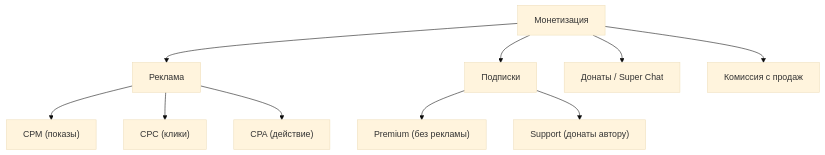
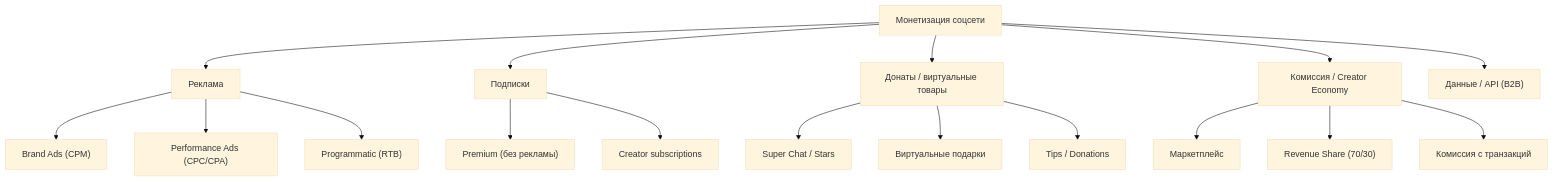
One commit to sergeyodnoval-bot/sysanalyst-kb.github.io changed the first of 2 diagrams in docs/specialization/socnet-monetization.md. Above: the diagram before and after it, drawn with Mermaid (base theme). The commit also changed other lines of this file and 12 other files, not shown here.

````diff
--- a/docs/specialization/socnet-monetization.md
+++ b/docs/specialization/socnet-monetization.md
@@ -22,13 +41,24 @@
 ```mermaid
 flowchart TD
-    MON["Монетизация"]
+    MON["Монетизация соцсети"]
     MON --> ADS["Реклама"]
     MON --> SUB["Подписки"]
-    MON --> DON["Донаты / Super Chat"]
-    MON --> COMM["Комиссия с продаж"]
-    ADS --> CPM["CPM (показы)"]
-    ADS --> CPC["CPC (клики)"]
-    ADS --> CPA["CPA (действие)"]
+    MON --> DON["Донаты / виртуальные товары"]
+    MON --> COMM["Комиссия / Creator Economy"]
+    MON --> DATA["Данные / API (B2B)"]
+    
+    ADS --> BRAND["Brand Ads (CPM)"]
+    ADS --> PERF["Performance Ads (CPC/CPA)"]
+    ADS --> PROGRAM["Programmatic (RTB)"]
+    
     SUB --> PREMIUM["Premium (без рекламы)"]
-    SUB --> CREATOR["Support (донаты автору)"]
+    SUB --> CREATOR["Creator subscriptions"]
+    
+    DON --> SUPER["Super Chat / Stars"]
+    DON --> GIFT["Виртуальные подарки"]
+    DON --> TIPS["Tips / Donations"]
+    
+    COMM --> MARKET["Маркетплейс"]
+    COMM --> REV_SHARE["Revenue Share (70/30)"]
+    COMM --> COMMISSION["Комиссия с транзакций"]
 ```
````
